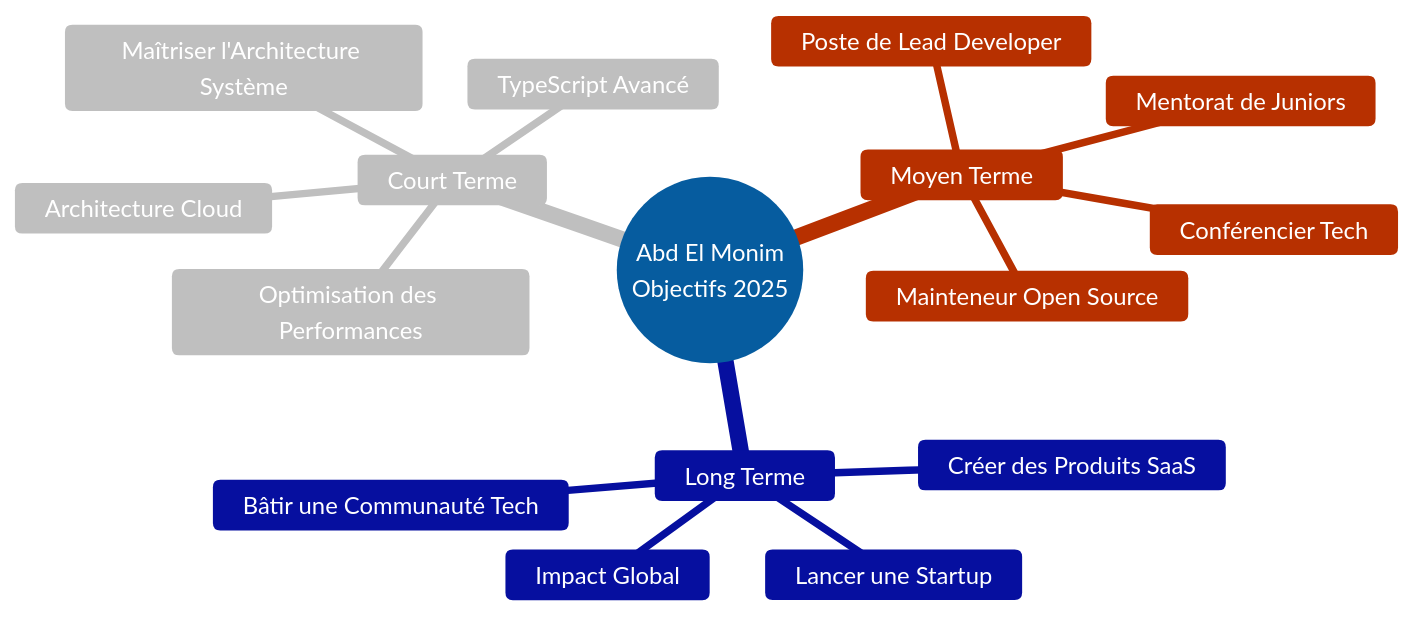
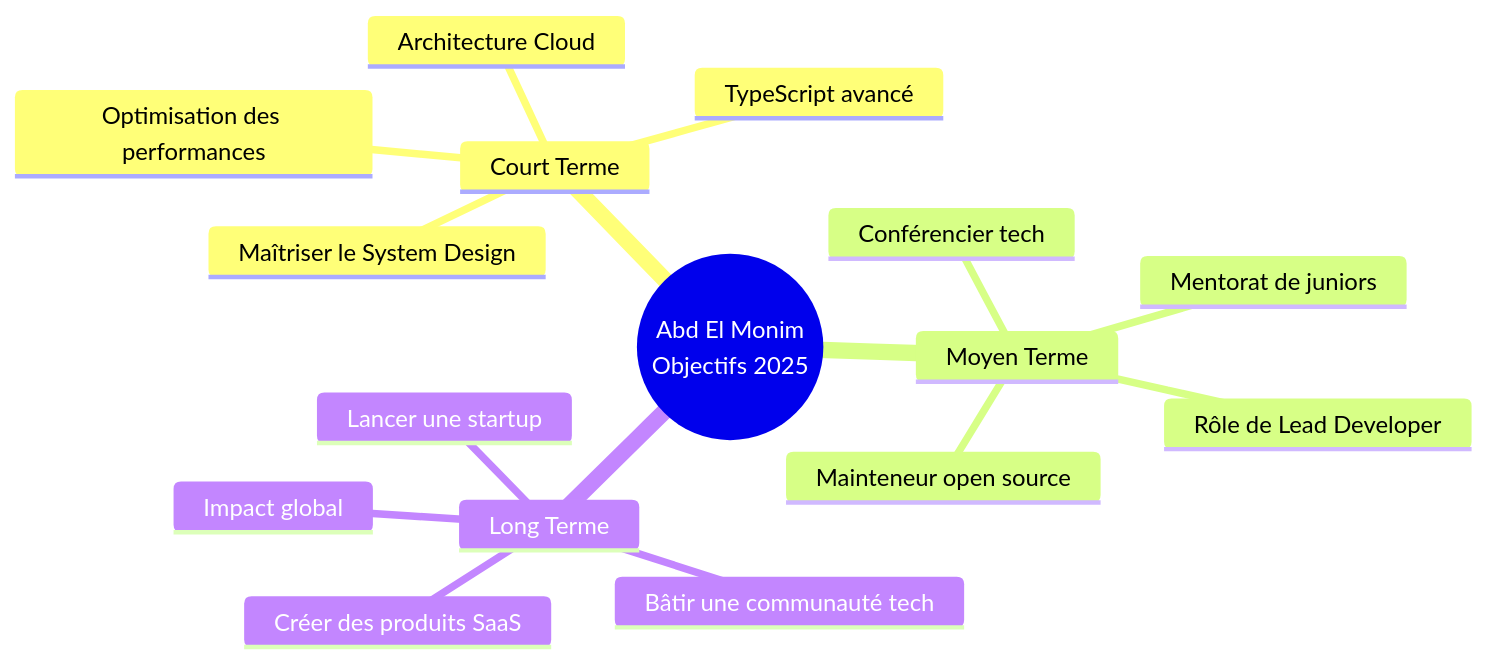
One commit to ABDE777/ABDE777 changed the diagram in README.md. Above: the diagram before and after it, drawn with Mermaid. The commit also changed other lines of this file, not shown here.

````diff
--- a/README.md
+++ b/README.md
@@ -124,20 +124,19 @@
 ```mermaid
-%%{init: {'theme':'base', 'themeVariables': { 'primaryColor':'#2e9ef7', 'primaryTextColor':'#fff', 'primaryBorderColor':'#1e88e5', 'lineColor':'#64b5f6', 'secondaryColor':'#ffffff', 'tertiaryColor':'#ff6c37'}}}%%
 mindmap
   root((Abd El Monim<br/>Objectifs 2025))
     Court Terme
-      Maîtriser l'Architecture Système
+      Maîtriser le System Design
       Architecture Cloud
-      TypeScript Avancé
-      Optimisation des Performances
+      TypeScript avancé
+      Optimisation des performances
     Moyen Terme
-      Poste de Lead Developer
-      Mentorat de Juniors
-      Conférencier Tech
-      Mainteneur Open Source
+      Rôle de Lead Developer
+      Mentorat de juniors
+      Conférencier tech
+      Mainteneur open source
     Long Terme
-      Lancer une Startup
-      Créer des Produits SaaS
-      Bâtir une Communauté Tech
-      Impact Global
+      Lancer une startup
+      Créer des produits SaaS
+      Bâtir une communauté tech
+      Impact global
 ```
````
